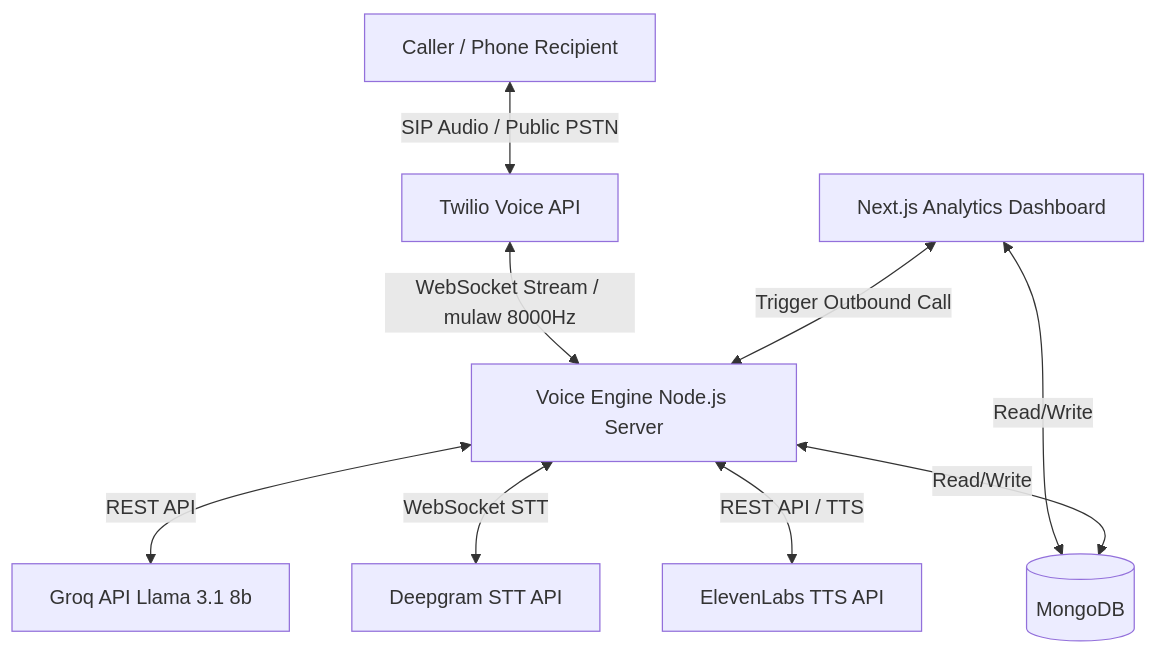
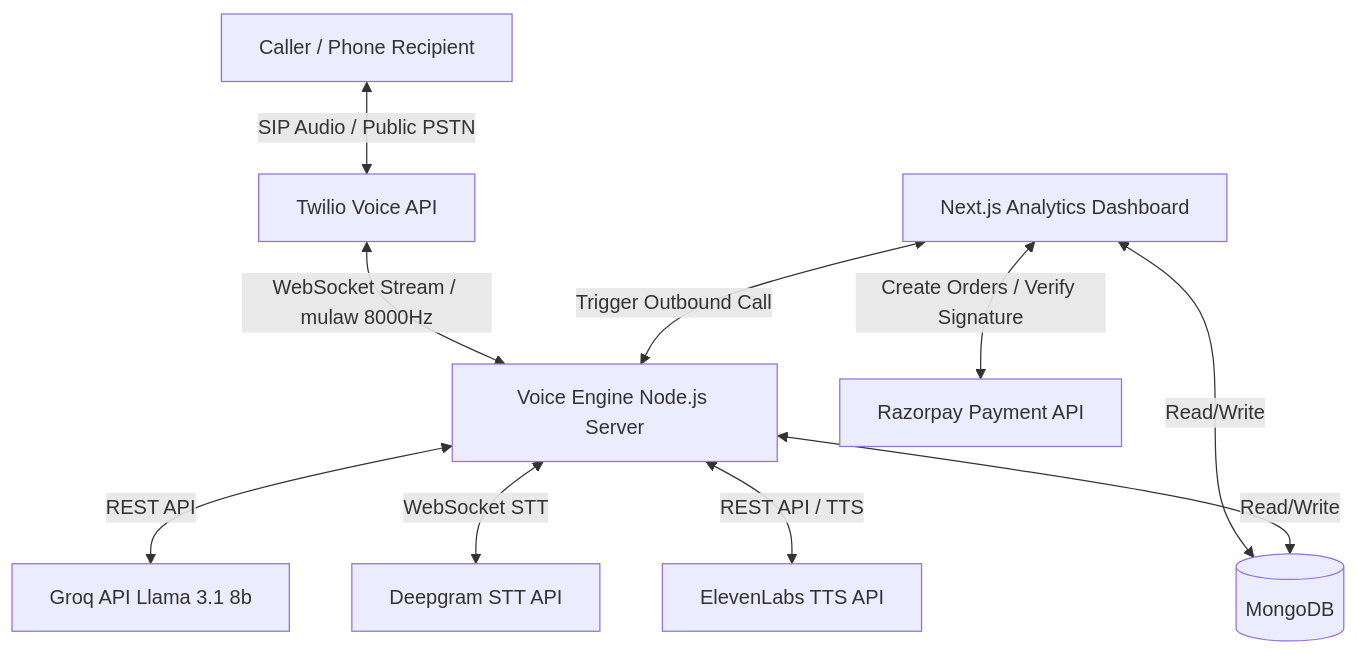
Before and after one commit to abhayshaw1601/calling-agent: the first of 3 diagrams in README.md, drawn with Mermaid. The commit also changed other lines of this file and 13 other files, not shown here.

````diff
--- a/README.md
+++ b/README.md
@@ -14,11 +35,12 @@
 ```mermaid
 graph TD
     User[Caller / Phone Recipient] <-->|SIP Audio / Public PSTN| Twilio[Twilio Voice API]
     Twilio <-->|WebSocket Stream / mulaw 8000Hz| Engine[Voice Engine Node.js Server]
     Engine <-->|REST API| Groq[Groq API Llama 3.1 8b]
     Engine <-->|WebSocket STT| Deepgram[Deepgram STT API]
     Engine <-->|REST API / TTS| ElevenLabs[ElevenLabs TTS API]
     Dashboard[Next.js Analytics Dashboard] <-->|Read/Write| MongoDB[(MongoDB)]
+    Dashboard <-->|Create Orders / Verify Signature| Razorpay[Razorpay Payment API]
     Engine <-->|Read/Write| MongoDB
     Dashboard <-->|Trigger Outbound Call| Engine
 ```
````
